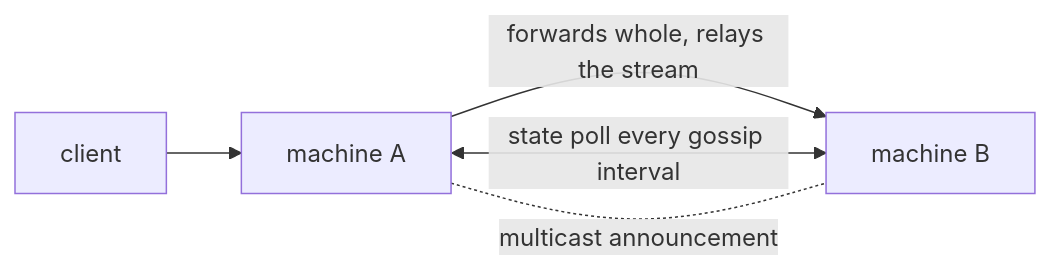
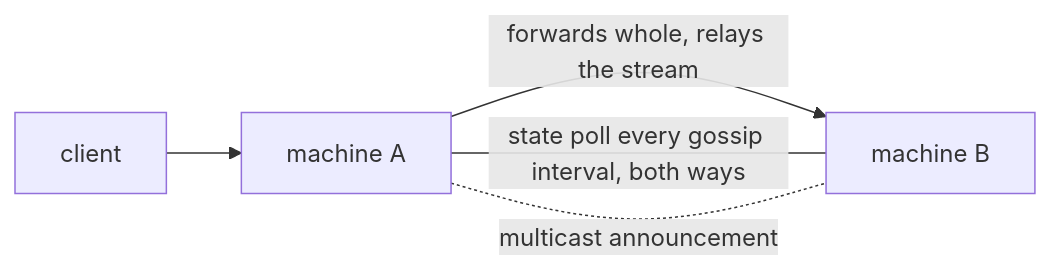
Before and after one commit to loken-ai/loken: the first of 2 diagrams in docs/operate/cluster.md, drawn with Mermaid. The commit also changed other lines of this file and 3 other files, not shown here.

````diff
--- a/docs/operate/cluster.md
+++ b/docs/operate/cluster.md
@@ -16,7 +16,7 @@
 ```mermaid
 flowchart LR
     C["client"] --> A["machine A"]
     A -- "forwards whole, relays the stream" --> B["machine B"]
-    A <-- "state poll every gossip interval" --> B
+    A -- "state poll every gossip interval, both ways" --- B
     A -. "multicast announcement" .- B
 ```
````
